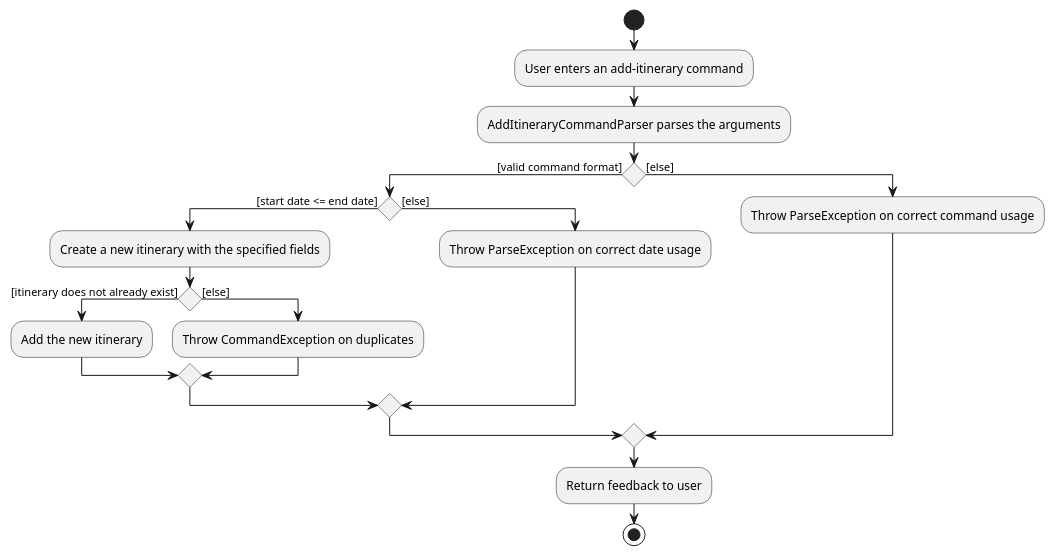
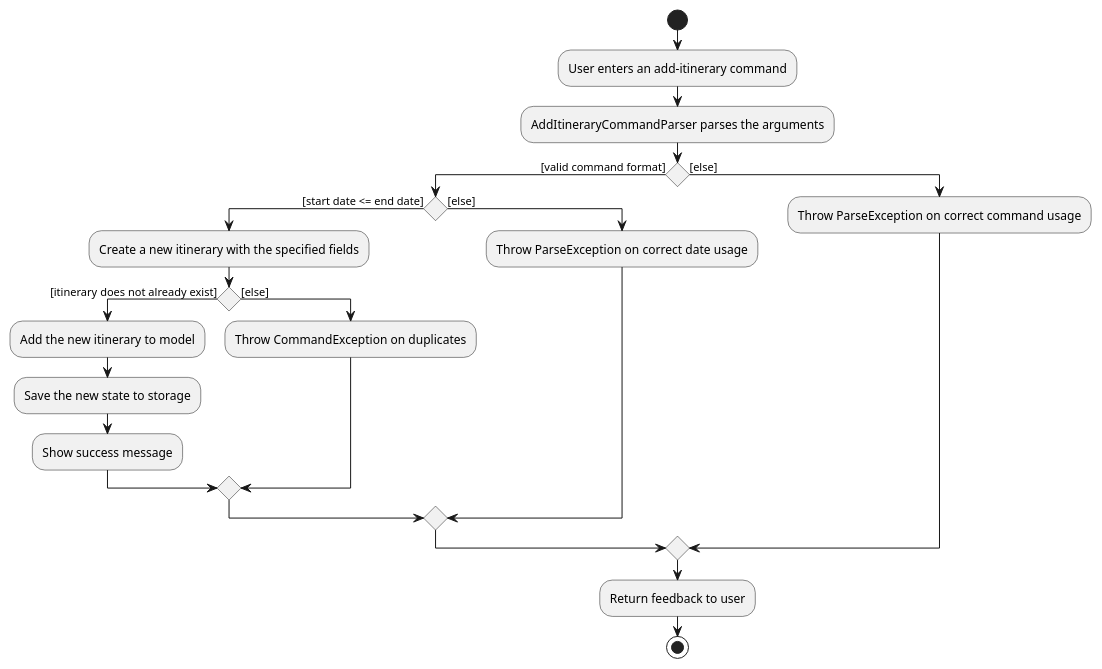
Before and after one commit to yuxuanxc/tp: the diagram in docs/diagrams/AddItineraryActivityDiagram.puml, drawn with PlantUML. The commit also changed 5 other files, not shown here.

```diff
--- a/docs/diagrams/AddItineraryActivityDiagram.puml
+++ b/docs/diagrams/AddItineraryActivityDiagram.puml
@@ -1,27 +1,29 @@
 @startuml
 start
 :User enters an add-itinerary command;
 
 :AddItineraryCommandParser parses the arguments;
 
 'Since the beta syntax does not support placing the condition outside the
 'diamond we place it as the true branch instead.
 
 if () then ([valid command format])
 
     if () then ([start date <= end date])
     :Create a new itinerary with the specified fields;
         if () then ([itinerary does not already exist])
-        :Add the new itinerary;
+        :Add the new itinerary to model;
+        :Save the new state to storage;
+        :Show success message;
         else ([else])
         :Throw CommandException on duplicates;
         endif
     else ([else])
     :Throw ParseException on correct date usage;
     endif
 else ([else])
     :Throw ParseException on correct command usage;
 endif
 :Return feedback to user;
 stop
 @enduml
```
